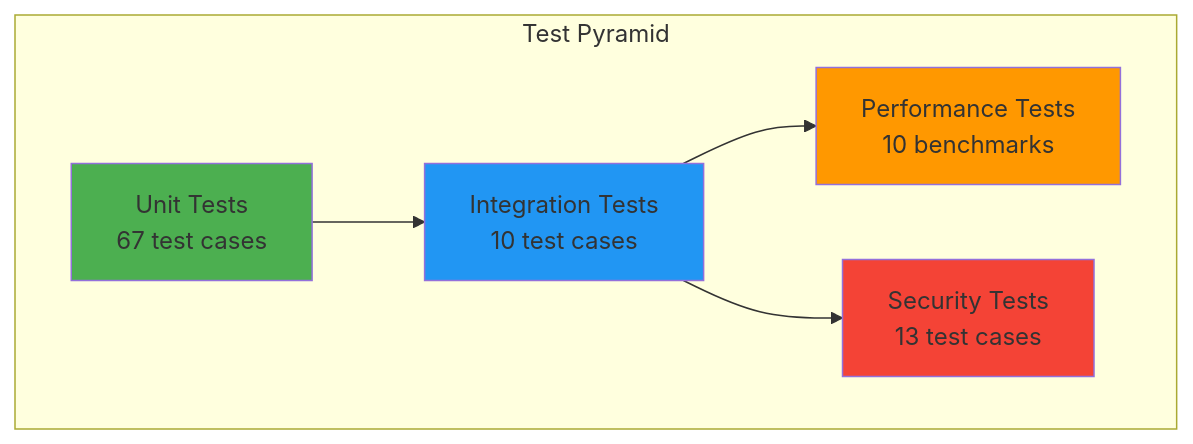
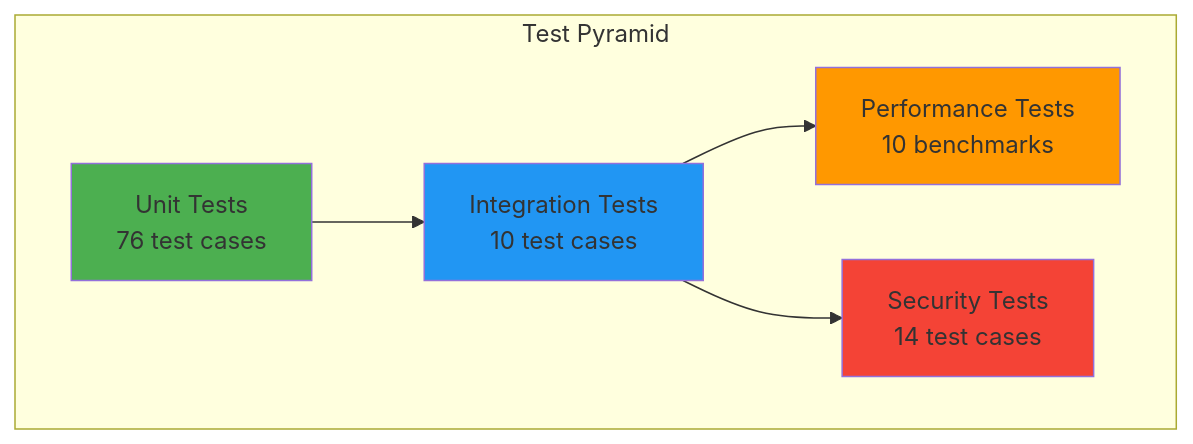
Before and after one commit to dxcSithLord/server-go-ssp-gormauthstore: the diagram in docs/API_TESTS_SPEC.md, drawn with Mermaid. The commit also changed other lines of this file and 8 other files, not shown here.

````diff
--- a/docs/API_TESTS_SPEC.md
+++ b/docs/API_TESTS_SPEC.md
@@ -26,18 +26,18 @@
 ```mermaid
 graph TB
     subgraph "Test Pyramid"
         PERF[Performance Tests<br/>10 benchmarks]
-        SEC[Security Tests<br/>13 test cases]
+        SEC[Security Tests<br/>14 test cases]
         INT[Integration Tests<br/>10 test cases]
-        UNIT[Unit Tests<br/>67 test cases]
+        UNIT[Unit Tests<br/>76 test cases]
     end
 
     UNIT --> INT
     INT --> SEC
     INT --> PERF
 
     style UNIT fill:#4CAF50
     style INT fill:#2196F3
     style SEC fill:#f44336
     style PERF fill:#FF9800
 ```
````
